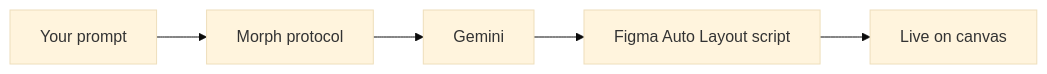
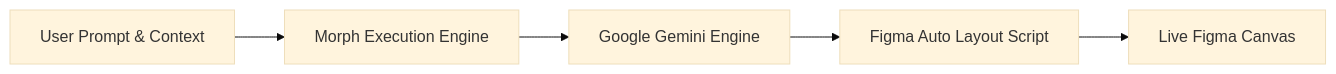
Before and after one commit to Anshul2021/Figma-Mcp: the second of 5 diagrams in README.md, drawn with Mermaid (base theme). The commit also changed other lines of this file, not shown here.

````diff
--- a/README.md
+++ b/README.md
@@ -52,7 +52,7 @@
 ```mermaid
 flowchart LR
-    A[Your prompt] --> B[Morph protocol]
-    B --> C[Gemini]
-    C --> D[Figma Auto Layout script]
-    D --> E[Live on canvas]
+    UserPrompt[User Prompt & Context] --> MorphEngine[Morph Execution Engine]
+    MorphEngine --> Gemini[Google Gemini Engine]
+    Gemini --> Script[Figma Auto Layout Script]
+    Script --> Canvas[Live Figma Canvas]
 ```
````
